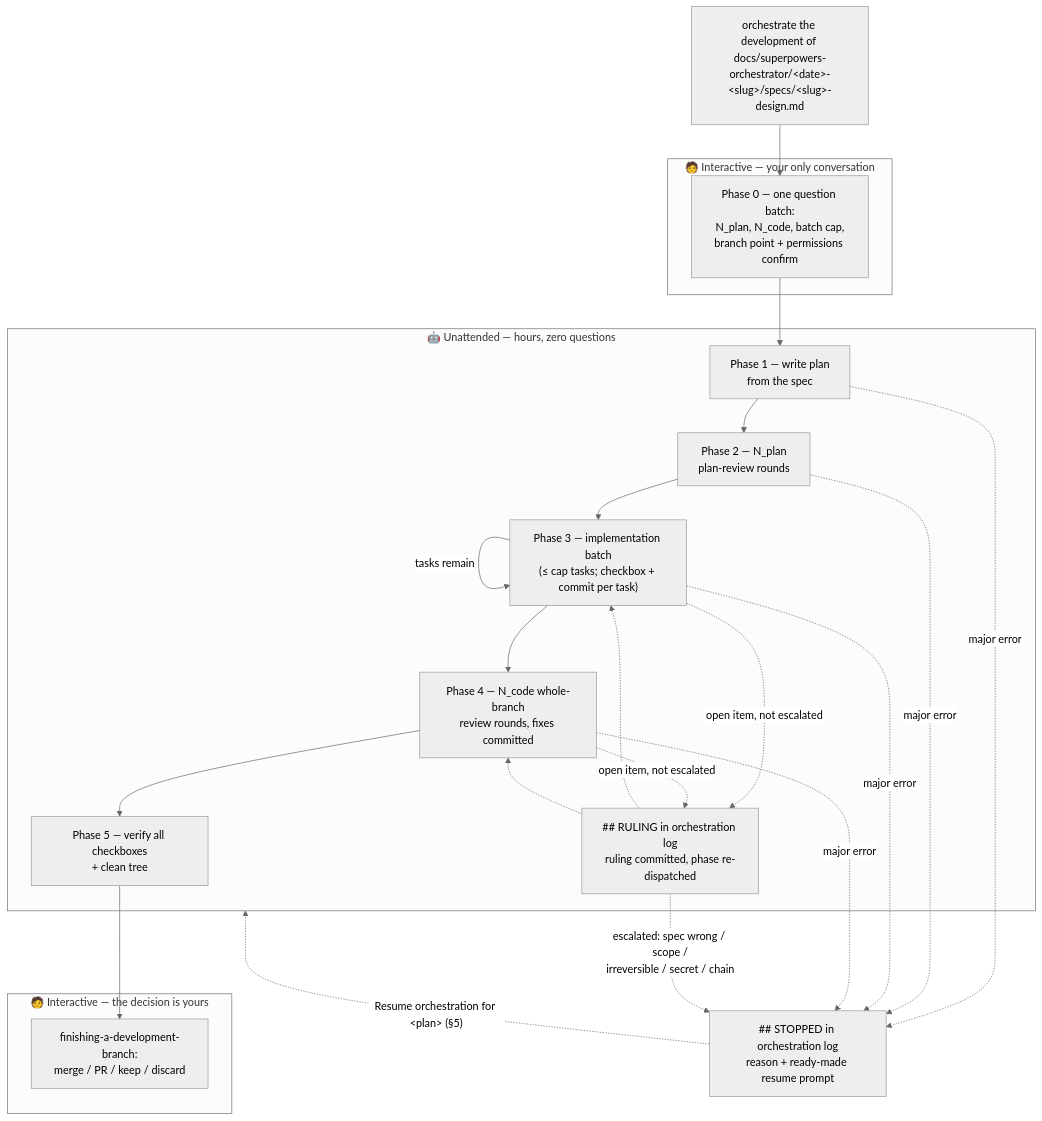
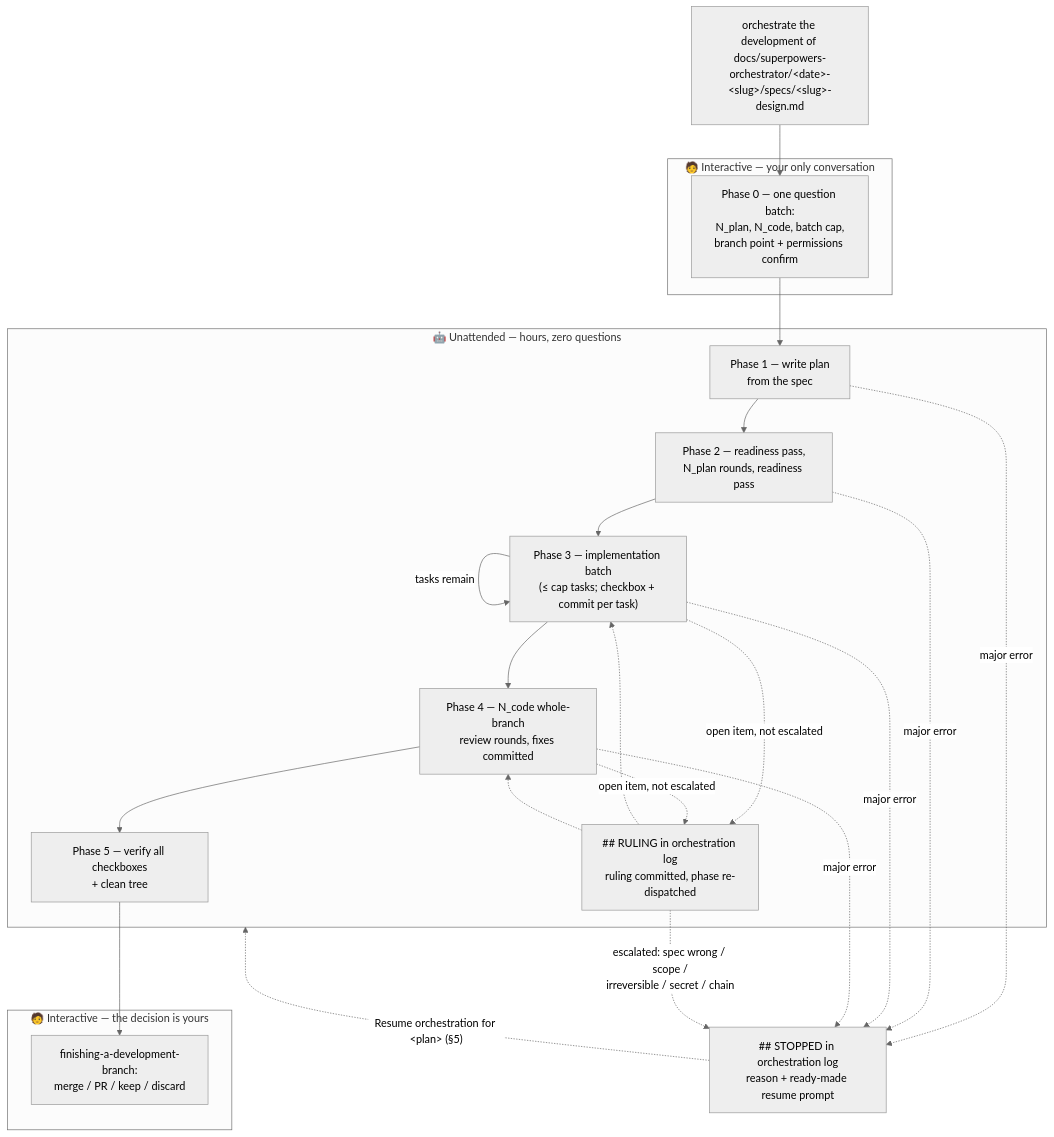
Before and after one commit to brunob54/superpowers-orchestrator: the second of 2 diagrams in docs/guide/README.md, drawn with Mermaid (neutral theme). The commit also changed other lines of this file and 2 other files, not shown here.

First line of the commit message:
docs: describe the Execution readiness pass and its limits

````diff
--- a/docs/guide/README.md
+++ b/docs/guide/README.md
@@ -455,30 +478,30 @@
 ```mermaid
 flowchart TD
     A["orchestrate the development of docs/superpowers-orchestrator/&lt;date&gt;-&lt;slug&gt;/specs/&lt;slug&gt;-design.md"] --> P0
 
     subgraph INT1["🧑 Interactive — your only conversation"]
         P0["Phase 0 — one question batch:<br/>N_plan, N_code, batch cap,<br/>branch point + permissions confirm"]
     end
 
     P0 --> P1
 
     subgraph AUTO["🤖 Unattended — hours, zero questions"]
-        P1["Phase 1 — write plan<br/>from the spec"] --> P2["Phase 2 — N_plan<br/>plan-review rounds"]
+        P1["Phase 1 — write plan<br/>from the spec"] --> P2["Phase 2 — readiness pass,<br/>N_plan rounds, readiness pass"]
         P2 --> P3["Phase 3 — implementation batch<br/>(≤ cap tasks; checkbox + commit per task)"]
         P3 -->|tasks remain| P3
         P3 --> P4["Phase 4 — N_code whole-branch<br/>review rounds, fixes committed"]
         P4 --> P5["Phase 5 — verify all checkboxes<br/>+ clean tree"]
         P3 & P4 -. "open item, not escalated" .-> R["## RULING in orchestration log<br/>ruling committed, phase re-dispatched"]
         R -.-> P3 & P4
     end
 
     P1 & P2 & P3 & P4 -. "major error" .-> S["## STOPPED in orchestration log<br/>reason + ready-made resume prompt"]
     R -. "escalated: spec wrong / scope /<br/>irreversible / secret / chain" .-> S
     S -. "Resume orchestration for &lt;plan&gt; (§5)" .-> AUTO
 
     P5 --> F
 
     subgraph INT2["🧑 Interactive — the decision is yours"]
         F["finishing-a-development-branch:<br/>merge / PR / keep / discard"]
     end
 ```
````
